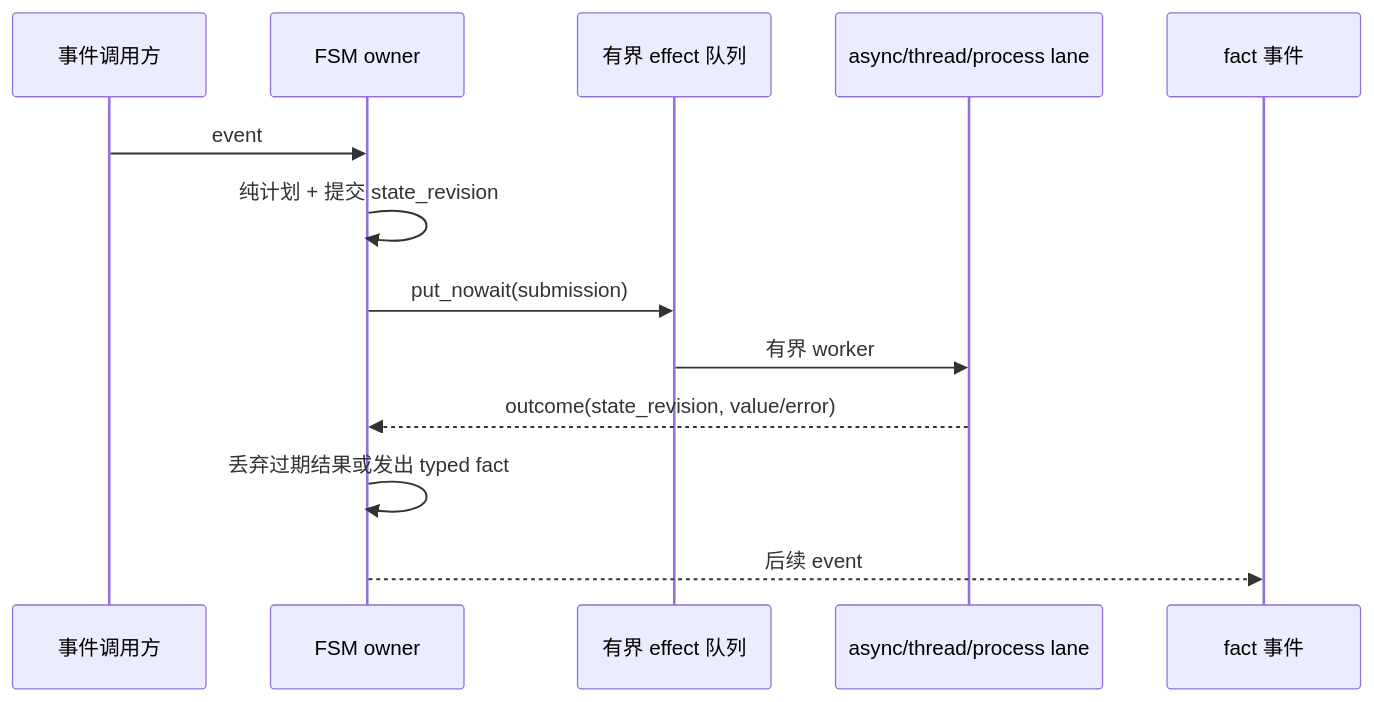
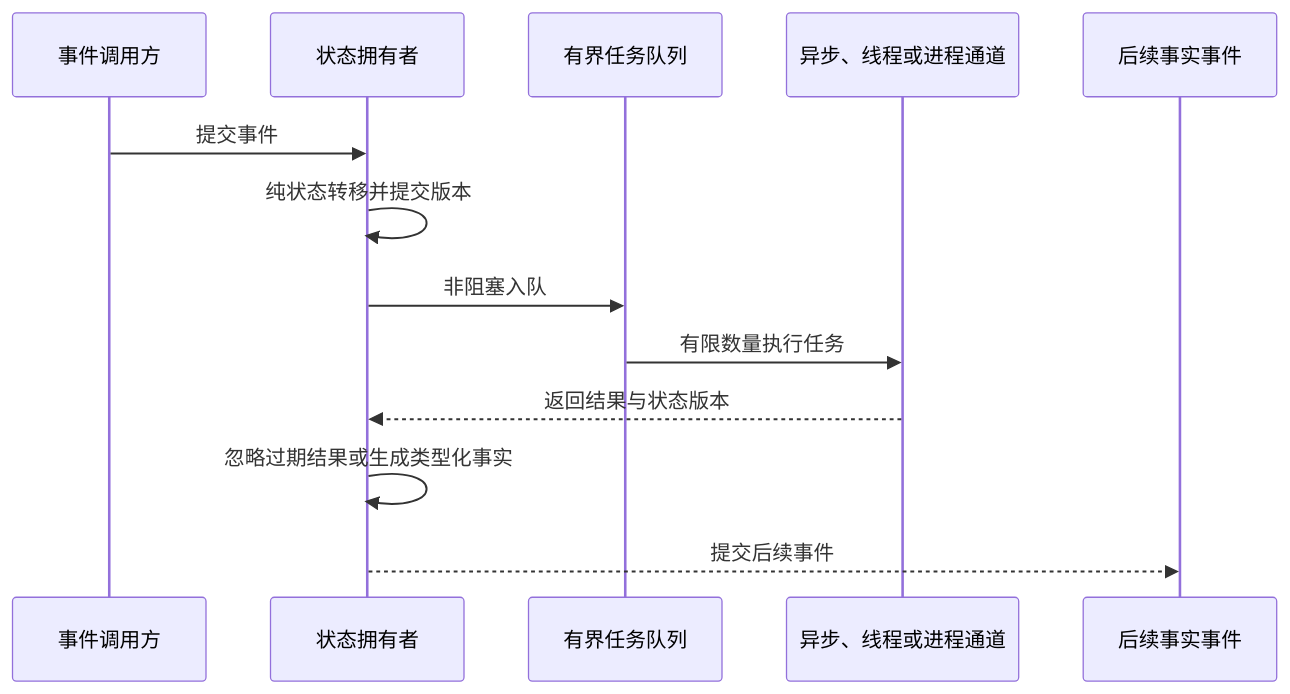
Before and after one commit to diaosj/fluxway: the first of 4 diagrams in docs/execution_lifecycle_zh.md, drawn with Mermaid. The commit also changed other lines of this file and 31 other files, not shown here.

Commit message:
[Docs] Add comprehensive architecture, placement, coherence, and transfer planning documentation.

````diff
--- a/docs/execution_lifecycle_zh.md
+++ b/docs/execution_lifecycle_zh.md
@@ -47,15 +36,15 @@
 ```mermaid
 sequenceDiagram
     participant E as 事件调用方
-    participant F as FSM owner
-    participant Q as 有界 effect 队列
-    participant L as async/thread/process lane
-    participant F2 as fact 事件
-    E->>F: event
-    F->>F: 纯计划 + 提交 state_revision
-    F->>Q: put_nowait(submission)
-    Q->>L: 有界 worker
-    L-->>F: outcome(state_revision, value/error)
-    F->>F: 丢弃过期结果或发出 typed fact
-    F-->>F2: 后续 event
+    participant F as 状态拥有者
+    participant Q as 有界任务队列
+    participant L as 异步、线程或进程通道
+    participant F2 as 后续事实事件
+    E->>F: 提交事件
+    F->>F: 纯状态转移并提交版本
+    F->>Q: 非阻塞入队
+    Q->>L: 有限数量执行任务
+    L-->>F: 返回结果与状态版本
+    F->>F: 忽略过期结果或生成类型化事实
+    F-->>F2: 提交后续事件
 ```
````
